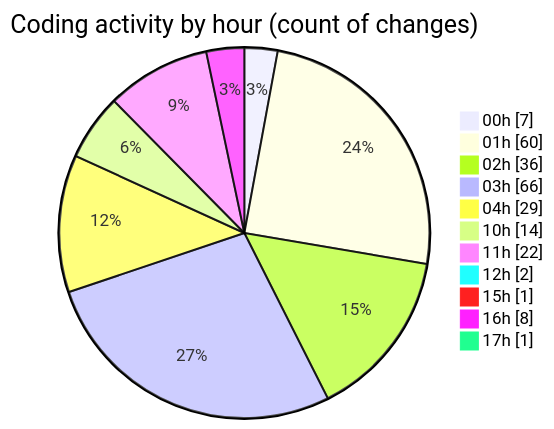
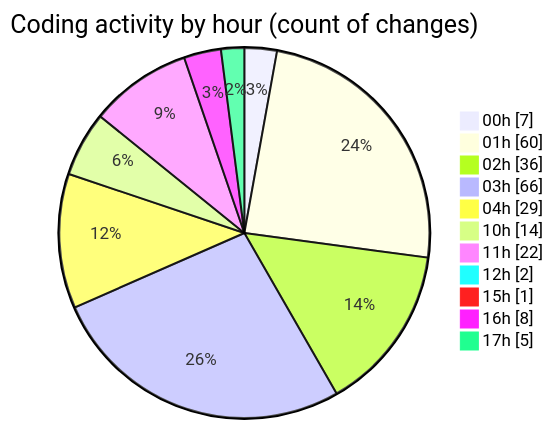
The second of 2 diagrams in 2025-10-07/eventscop-frontend-guide__workspace_/README.md (julien-gomy/code-tracking), drawn with Mermaid before and after one commit. The commit also changed other lines of this file and 1 other file, not shown here.

````diff
--- a/2025-10-07/eventscop-frontend-guide__workspace_/README.md
+++ b/2025-10-07/eventscop-frontend-guide__workspace_/README.md
@@ -107,15 +107,15 @@
 ```mermaid
 pie showData
 title Coding activity by hour (count of changes)
 "00h" : 7
 "01h" : 60
 "02h" : 36
 "03h" : 66
 "04h" : 29
 "10h" : 14
 "11h" : 22
 "12h" : 2
 "15h" : 1
 "16h" : 8
-"17h" : 1
+"17h" : 5
 ```
````
